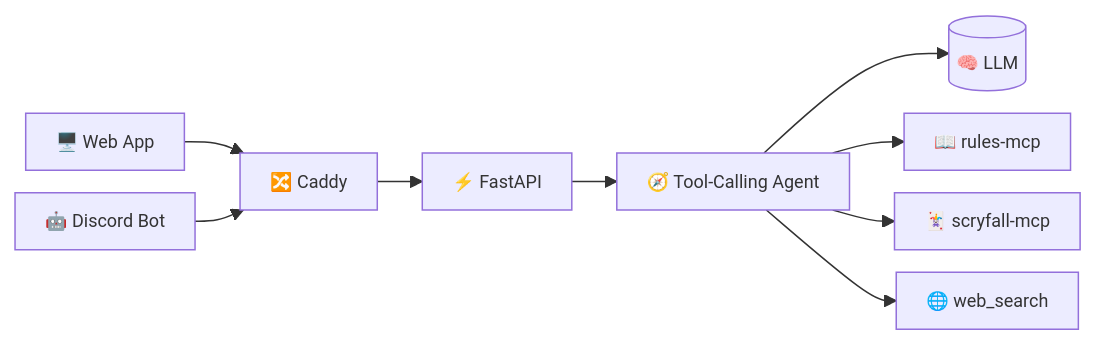
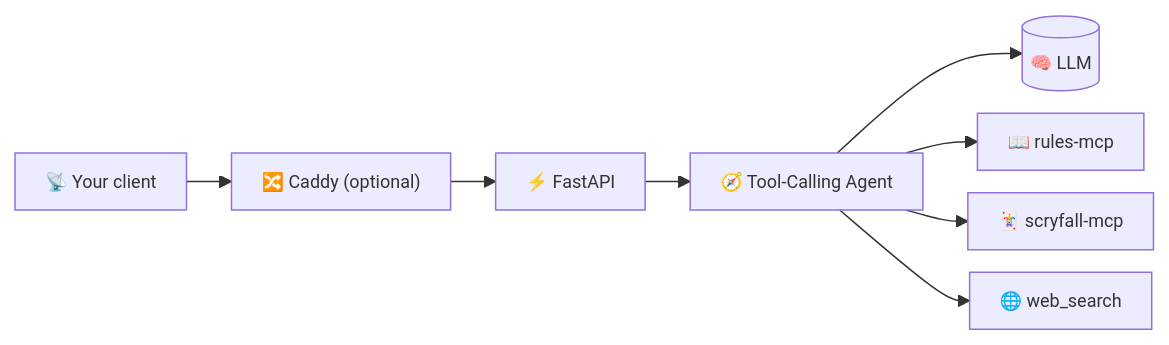
One commit to Delta-43/mtg-rules-agent changed the diagram in README.md. Above: the diagram before and after it, drawn with Mermaid. The commit also changed other lines of this file and 36 other files, not shown here.

````diff
--- a/README.md
+++ b/README.md
@@ -71,12 +57,11 @@
 ```mermaid
 %%{init: {"themeVariables": {"fontSize": "12px"}, "flowchart": {"useMaxWidth": true, "padding": 10, "nodeSpacing": 15, "rankSpacing": 30}}}%%
 flowchart LR
-    PWA["🖥️ Web App"] --> Caddy["🔀 Caddy"]
-    Bot["🤖 Discord Bot"] --> Caddy
+    Client["📡 Your client"] --> Caddy["🔀 Caddy (optional)"]
     Caddy --> API["⚡ FastAPI"]
     API --> Agent["🧭 Tool-Calling Agent"]
     Agent --> LLM[("🧠 LLM")]
     Agent --> Rules["📖 rules-mcp"]
     Agent --> Scryfall["🃏 scryfall-mcp"]
     Agent --> Search["🌐 web_search"]
 ```
````
